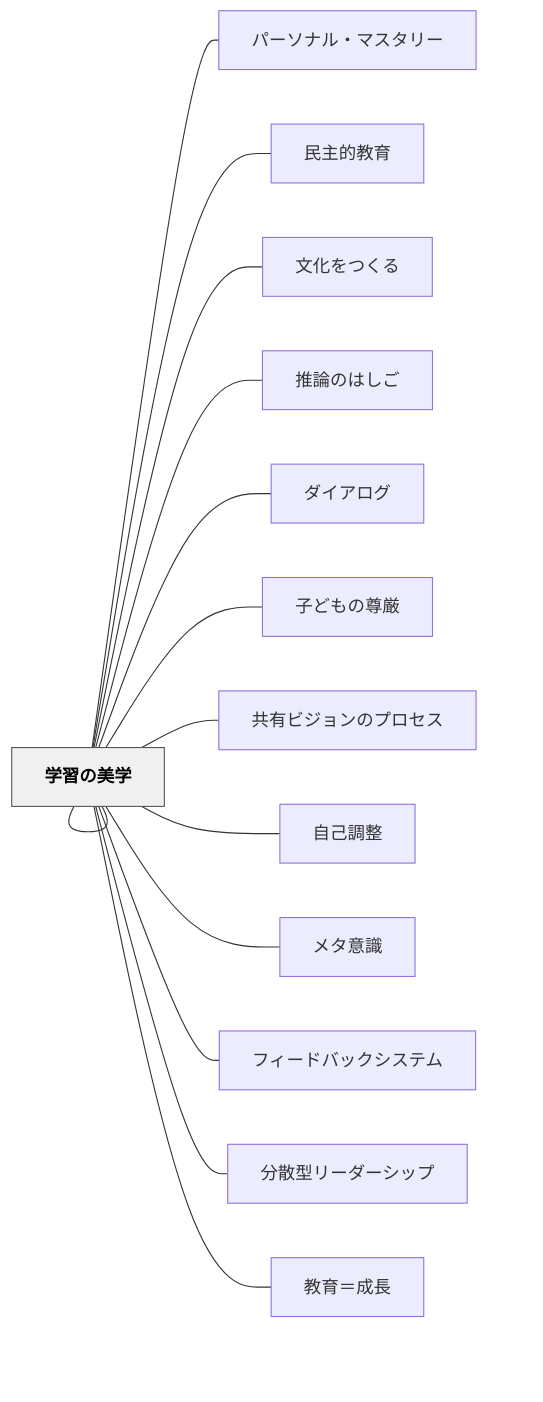
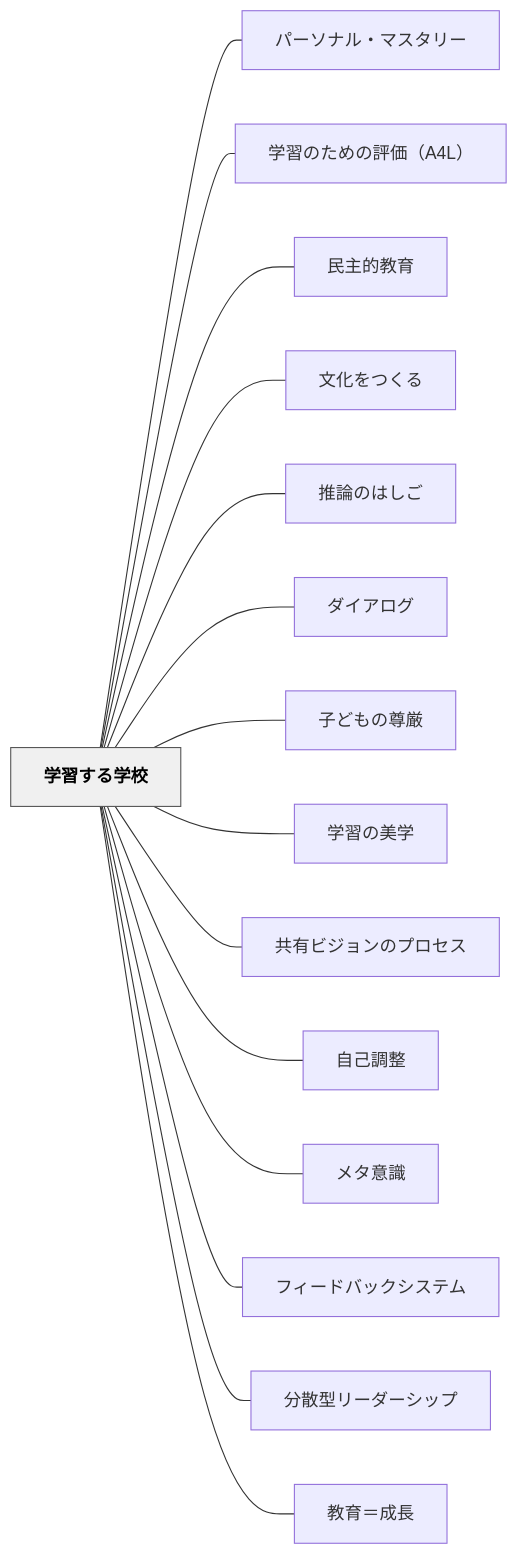
One commit to unknownthings-ed-patterns/unknownthings-ed-patterns changed the diagram in content/パタン/学習する学校.md. Above: the diagram before and after it, drawn with Mermaid. The commit also changed 527 other files, not shown here.

````diff
--- a/content/パタン/学習する学校.md
+++ b/content/パタン/学習する学校.md
@@ -191,36 +191,36 @@
 ```mermaid
 flowchart LR
-    ne5ada6e7bf92["学習する学校"]
-    ne38391e383bc["パーソナル・マスタリー"]
-    ne5ada6e7bf92["学習のための評価（A4L）"]
-    ne6b091e4b8bb["民主的教育"]
-    ne69687e58c96["文化をつくる"]
-    ne68ea8e8ab96["推論のはしご"]
-    ne38380e382a4["ダイアログ"]
-    ne5ad90e381a9["子どもの尊厳"]
-    ne5ada6e7bf92["学習の美学"]
-    ne585b1e69c89["共有ビジョンのプロセス"]
-    ne887aae5b7b1["自己調整"]
-    ne383a1e382bf["メタ意識"]
-    ne38395e382a3["フィードバックシステム"]
-    ne58886e695a3["分散型リーダーシップ"]
-    ne69599e882b2["教育＝成長"]
+    ne5ada6e7bf92e38199e3828be5ada6e6a0a1["学習する学校"]
+    ne38391e383bce382bde3838ae383abe383bbe3839ee382b9e382bfe383aae383bc["パーソナル・マスタリー"]
+    ne5ada6e7bf92e381aee3819fe38281e381aee8a995e4bea1efbc8841344cefbc89["学習のための評価（A4L）"]
+    ne6b091e4b8bbe79a84e69599e882b2["民主的教育"]
+    ne69687e58c96e38292e381a4e3818fe3828b["文化をつくる"]
+    ne68ea8e8ab96e381aee381afe38197e38194["推論のはしご"]
+    ne38380e382a4e382a2e383ade382b0["ダイアログ"]
+    ne5ad90e381a9e38282e381aee5b08ae58eb3["子どもの尊厳"]
+    ne5ada6e7bf92e381aee7be8ee5ada6["学習の美学"]
+    ne585b1e69c89e38393e382b8e383a7e383b3e381aee38397e383ade382bbe382b9["共有ビジョンのプロセス"]
+    ne887aae5b7b1e8aabfe695b4["自己調整"]
+    ne383a1e382bfe6848fe8ad98["メタ意識"]
+    ne38395e382a3e383bce38389e38390e38383e382afe382b7e382b9e38386e383a0["フィードバックシステム"]
+    ne58886e695a3e59e8be383aae383bce38380e383bce382b7e38383e38397["分散型リーダーシップ"]
+    ne69599e882b2efbc9de68890e995b7["教育＝成長"]
 
-    ne5ada6e7bf92 --- ne38391e383bc
-    ne5ada6e7bf92 --- ne5ada6e7bf92
-    ne5ada6e7bf92 --- ne6b091e4b8bb
-    ne5ada6e7bf92 --- ne69687e58c96
-    ne5ada6e7bf92 --- ne68ea8e8ab96
-    ne5ada6e7bf92 --- ne38380e382a4
-    ne5ada6e7bf92 --- ne5ad90e381a9
-    ne5ada6e7bf92 --- ne5ada6e7bf92
-    ne5ada6e7bf92 --- ne585b1e69c89
-    ne5ada6e7bf92 --- ne887aae5b7b1
-    ne5ada6e7bf92 --- ne383a1e382bf
-    ne5ada6e7bf92 --- ne38395e382a3
-    ne5ada6e7bf92 --- ne58886e695a3
-    ne5ada6e7bf92 --- ne69599e882b2
+    ne5ada6e7bf92e38199e3828be5ada6e6a0a1 --- ne38391e383bce382bde3838ae383abe383bbe3839ee382b9e382bfe383aae383bc
+    ne5ada6e7bf92e38199e3828be5ada6e6a0a1 --- ne5ada6e7bf92e381aee3819fe38281e381aee8a995e4bea1efbc8841344cefbc89
+    ne5ada6e7bf92e38199e3828be5ada6e6a0a1 --- ne6b091e4b8bbe79a84e69599e882b2
+    ne5ada6e7bf92e38199e3828be5ada6e6a0a1 --- ne69687e58c96e38292e381a4e3818fe3828b
+    ne5ada6e7bf92e38199e3828be5ada6e6a0a1 --- ne68ea8e8ab96e381aee381afe38197e38194
+    ne5ada6e7bf92e38199e3828be5ada6e6a0a1 --- ne38380e382a4e382a2e383ade382b0
+    ne5ada6e7bf92e38199e3828be5ada6e6a0a1 --- ne5ad90e381a9e38282e381aee5b08ae58eb3
+    ne5ada6e7bf92e38199e3828be5ada6e6a0a1 --- ne5ada6e7bf92e381aee7be8ee5ada6
+    ne5ada6e7bf92e38199e3828be5ada6e6a0a1 --- ne585b1e69c89e38393e382b8e383a7e383b3e381aee38397e383ade382bbe382b9
+    ne5ada6e7bf92e38199e3828be5ada6e6a0a1 --- ne887aae5b7b1e8aabfe695b4
+    ne5ada6e7bf92e38199e3828be5ada6e6a0a1 --- ne383a1e382bfe6848fe8ad98
+    ne5ada6e7bf92e38199e3828be5ada6e6a0a1 --- ne38395e382a3e383bce38389e38390e38383e382afe382b7e382b9e38386e383a0
+    ne5ada6e7bf92e38199e3828be5ada6e6a0a1 --- ne58886e695a3e59e8be383aae383bce38380e383bce382b7e38383e38397
+    ne5ada6e7bf92e38199e3828be5ada6e6a0a1 --- ne69599e882b2efbc9de68890e995b7
 
     classDef hub fill:#f0f0f0,stroke:#555,color:#000,font-weight:bold
-    class ne5ada6e7bf92 hub
+    class ne5ada6e7bf92e38199e3828be5ada6e6a0a1 hub
 ```
````
